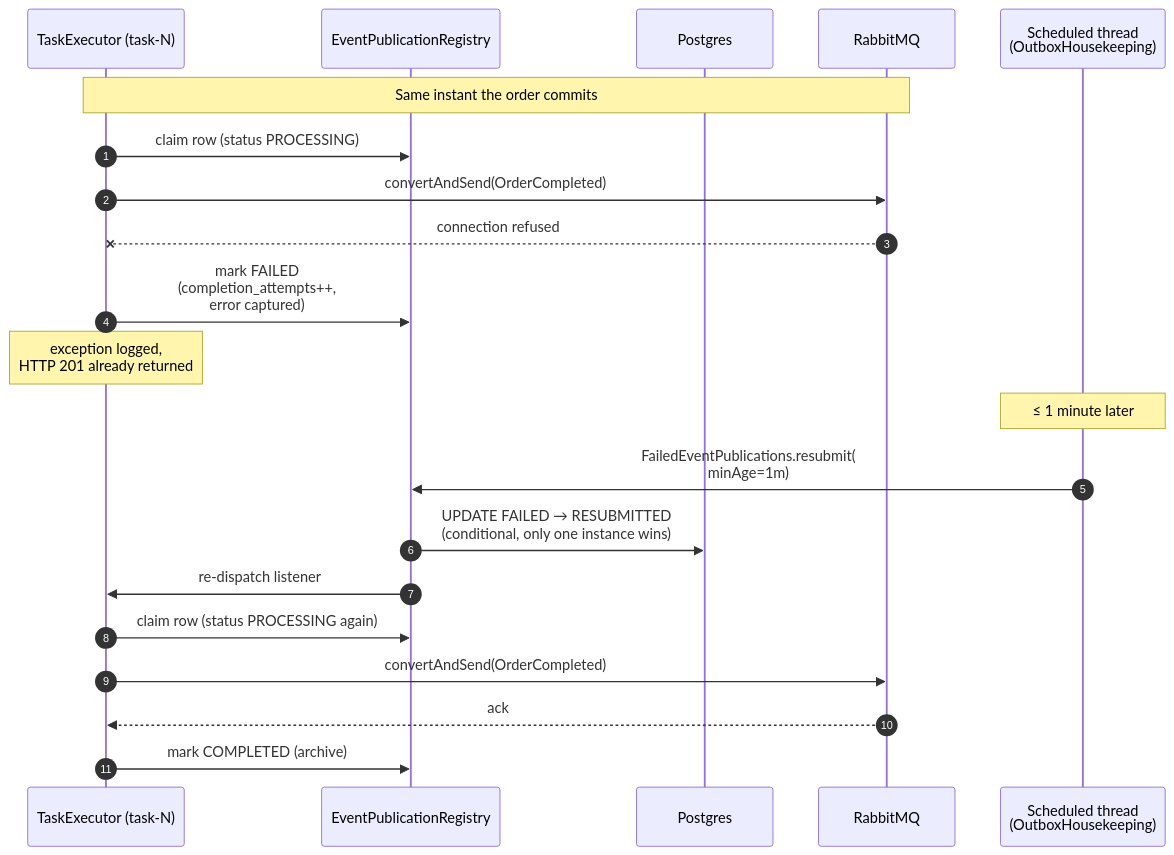
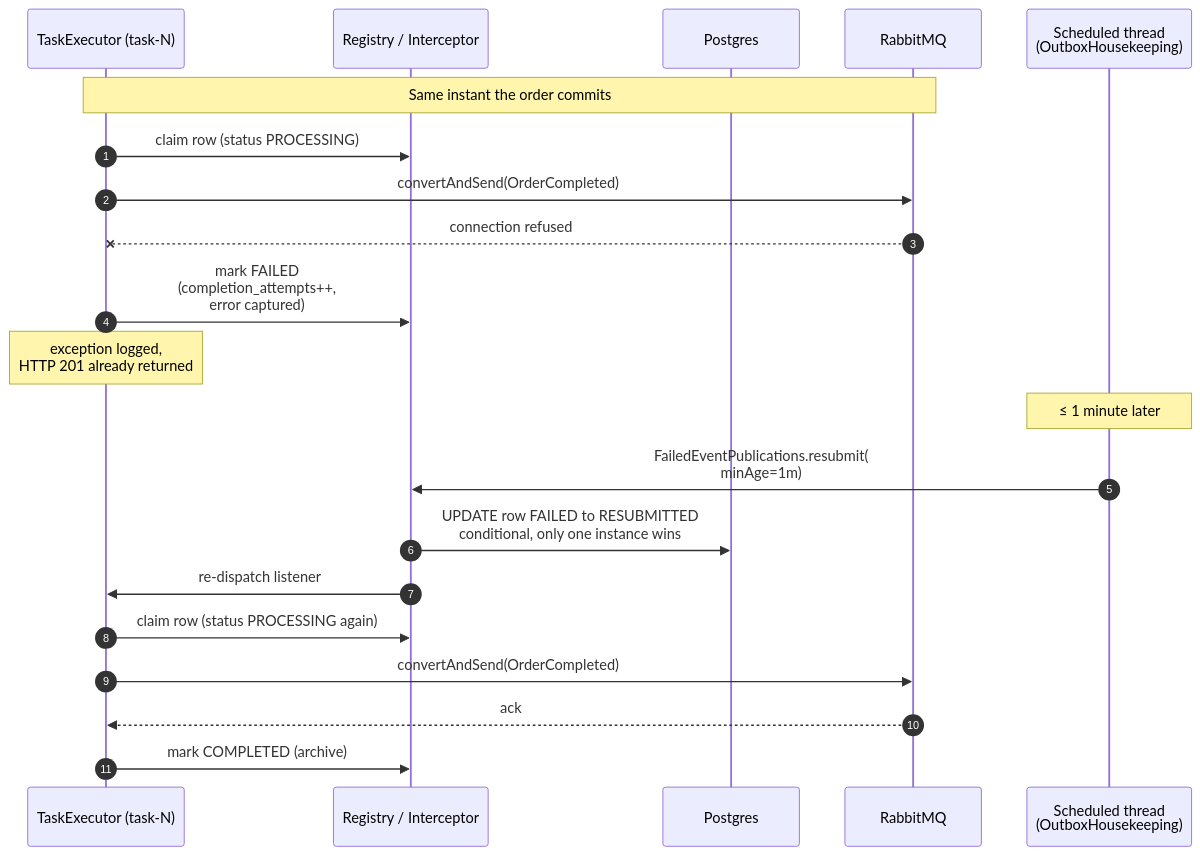
The fifth of 7 diagrams in jspring-modulith-outbox/modulith-outbox.md (ashakirin/springboot), drawn with Mermaid before and after one commit. The commit also changed other lines of this file and 2 other files, not shown here.

````diff
--- a/jspring-modulith-outbox/modulith-outbox.md
+++ b/jspring-modulith-outbox/modulith-outbox.md
@@ -222,25 +258,25 @@
 ```mermaid
 sequenceDiagram
     autonumber
     participant Exec as TaskExecutor (task-N)
-    participant Reg as EventPublicationRegistry
+    participant Reg as Registry / Interceptor
     participant DB as Postgres
     participant Rabbit as RabbitMQ
     participant Sched as Scheduled thread<br/>(OutboxHousekeeping)
 
     Note over Exec,Rabbit: Same instant the order commits
     Exec->>Reg: claim row (status PROCESSING)
     Exec->>Rabbit: convertAndSend(OrderCompleted)
     Rabbit--xExec: connection refused
     Exec->>Reg: mark FAILED<br/>(completion_attempts++,<br/>error captured)
     Note over Exec: exception logged,<br/>HTTP 201 already returned
 
     Note over Sched: ≤ 1 minute later
     Sched->>Reg: FailedEventPublications.resubmit(<br/>minAge=1m)
-    Reg->>DB: UPDATE FAILED → RESUBMITTED<br/>(conditional, only one instance wins)
+    Reg->>DB: UPDATE row FAILED to RESUBMITTED<br/>conditional, only one instance wins
     Reg->>Exec: re-dispatch listener
     Exec->>Reg: claim row (status PROCESSING again)
     Exec->>Rabbit: convertAndSend(OrderCompleted)
     Rabbit-->>Exec: ack
     Exec->>Reg: mark COMPLETED (archive)
 ```
````
